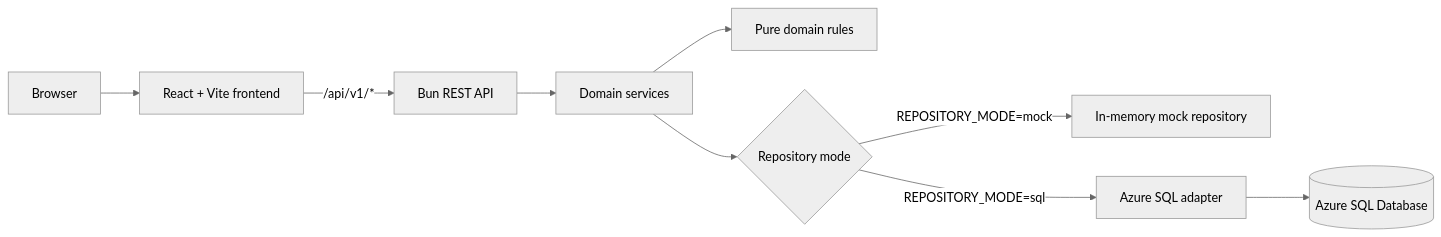
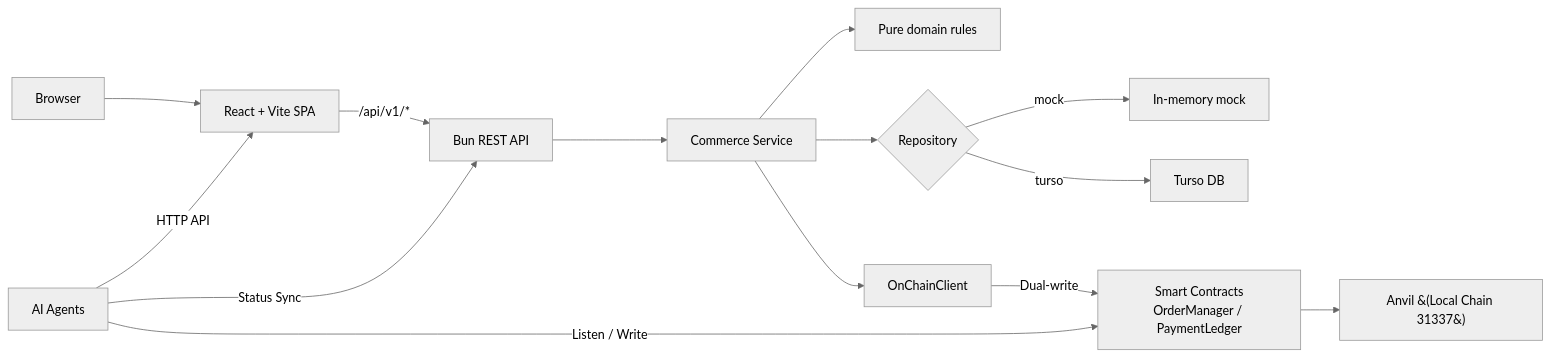
The first of 2 diagrams in README.md (quantumquirkxyz/eclick-One), drawn with Mermaid (neutral theme) before and after one commit. The commit also changed other lines of this file, not shown here.

First line of the commit message:
docs: update README with Agentic Commerce Network architecture

````diff
--- a/README.md
+++ b/README.md
@@ -23,11 +25,16 @@
 ```mermaid
 flowchart LR
-  Browser[Browser] --> Web[React + Vite frontend]
+  Browser[Browser] --> Web[React + Vite SPA]
   Web -->|/api/v1/*| Api[Bun REST API]
-  Api --> Services[Domain services]
+  Api --> Services[Commerce Service]
   Services --> Domain[Pure domain rules]
-  Services --> Repositories{Repository mode}
-  Repositories -->|REPOSITORY_MODE=mock| Mock[In-memory mock repository]
-  Repositories -->|REPOSITORY_MODE=sql| Sql[Azure SQL adapter]
-  Sql --> Azure[(Azure SQL Database)]
+  Services --> Repos{Repository}
+  Repos -->|mock| Mock[In-memory mock]
+  Repos -->|turso| Turso[Turso DB]
+  Services --> OnChain[OnChainClient]
+  OnChain -->|Dual-write| Contract[Smart Contracts<br/>OrderManager / PaymentLedger]
+  Contract --> Anvil[Anvil &#40;Local Chain 31337&#41;]
+  Agents[AI Agents] -->|Listen / Write| Contract
+  Agents -->|Status Sync| Api
+  Agents -->|HTTP API| Web
 ```
````
